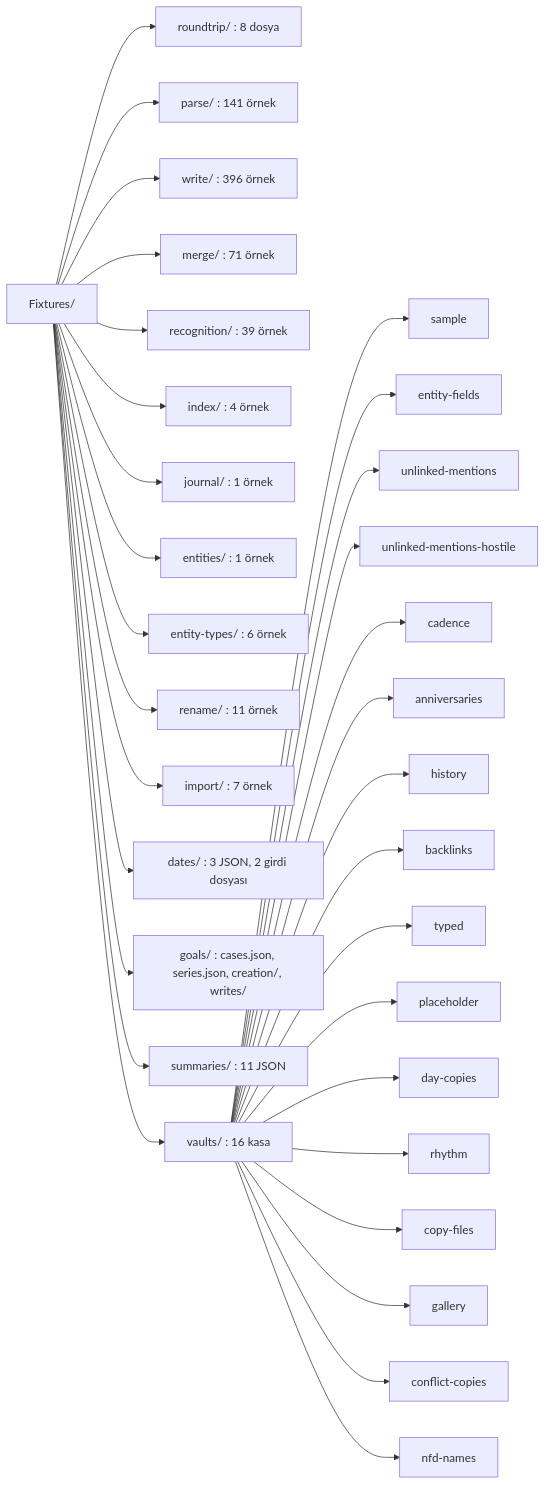
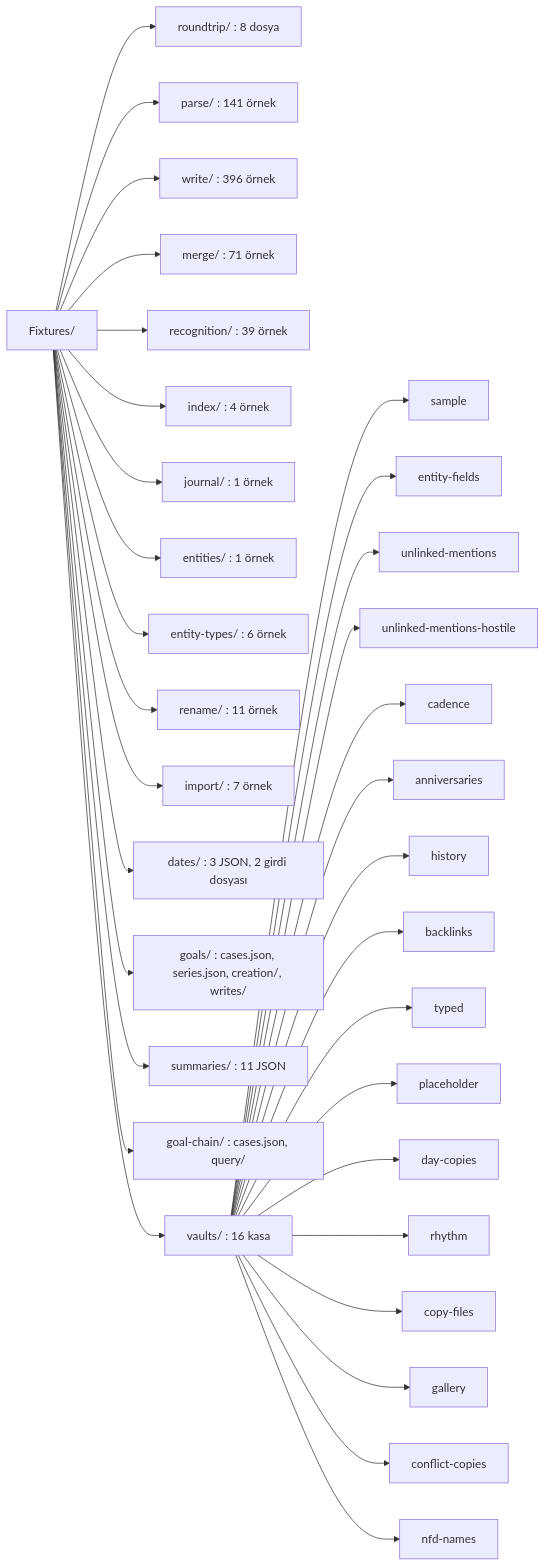
Before and after one commit to dogancanyildiz/kenet: the first of 11 diagrams in docs/fixtures.md, drawn with Mermaid. The commit also changed other lines of this file and 47 other files, not shown here.

````diff
--- a/docs/fixtures.md
+++ b/docs/fixtures.md
@@ -15,35 +15,36 @@
 ```mermaid
 flowchart LR
   F["Fixtures/"]
   F --> RT["roundtrip/ : 8 dosya"]
   F --> PA["parse/ : 141 örnek"]
   F --> WR["write/ : 396 örnek"]
   F --> ME["merge/ : 71 örnek"]
   F --> RE["recognition/ : 39 örnek"]
   F --> IX["index/ : 4 örnek"]
   F --> JO["journal/ : 1 örnek"]
   F --> EN["entities/ : 1 örnek"]
   F --> ET["entity-types/ : 6 örnek"]
   F --> RN["rename/ : 11 örnek"]
   F --> IM["import/ : 7 örnek"]
   F --> DA["dates/ : 3 JSON, 2 girdi dosyası"]
   F --> GO["goals/ : cases.json, series.json, creation/, writes/"]
   F --> SU["summaries/ : 11 JSON"]
+  F --> GC["goal-chain/ : cases.json, query/"]
   F --> VA["vaults/ : 16 kasa"]
   VA --> V1["sample"]
   VA --> V2["entity-fields"]
   VA --> V3["unlinked-mentions"]
   VA --> V4["unlinked-mentions-hostile"]
   VA --> V5["cadence"]
   VA --> V6["anniversaries"]
   VA --> V7["history"]
   VA --> V8["backlinks"]
   VA --> V9["typed"]
   VA --> V10["placeholder"]
   VA --> V11["day-copies"]
   VA --> V12["rhythm"]
   VA --> V13["copy-files"]
   VA --> V14["gallery"]
   VA --> V15["conflict-copies"]
   VA --> V16["nfd-names"]
 ```
````
